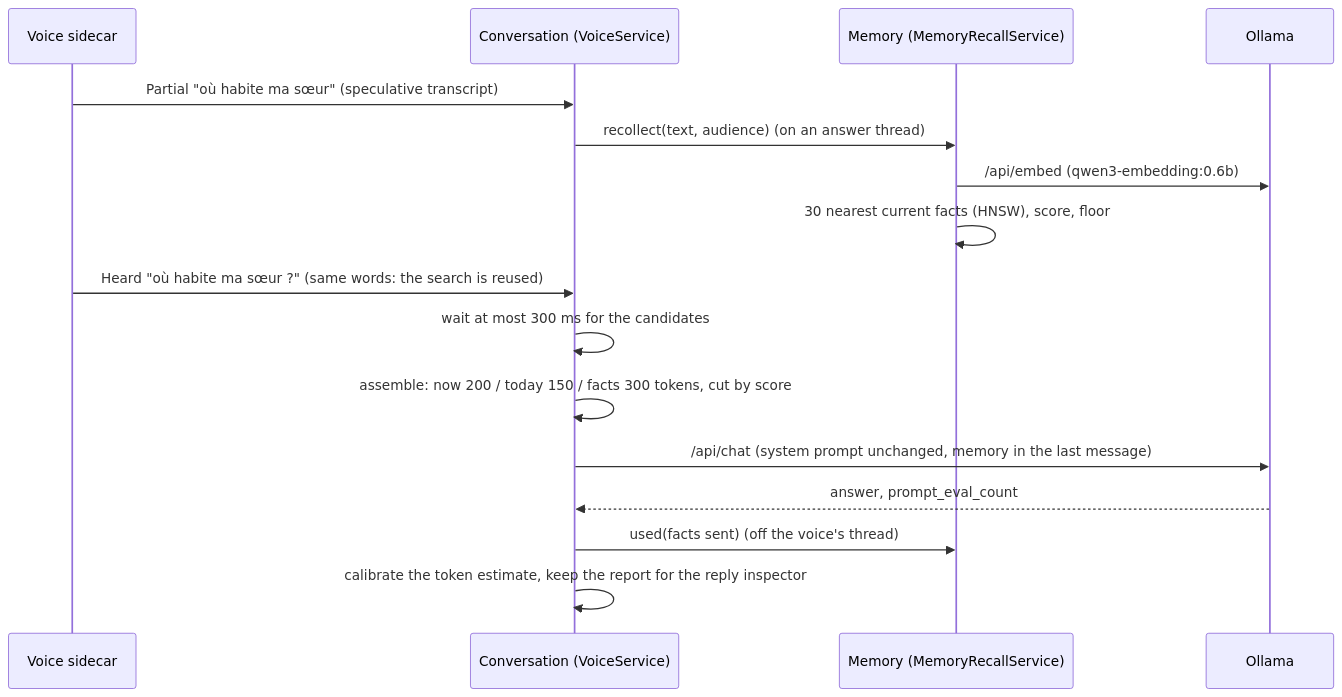
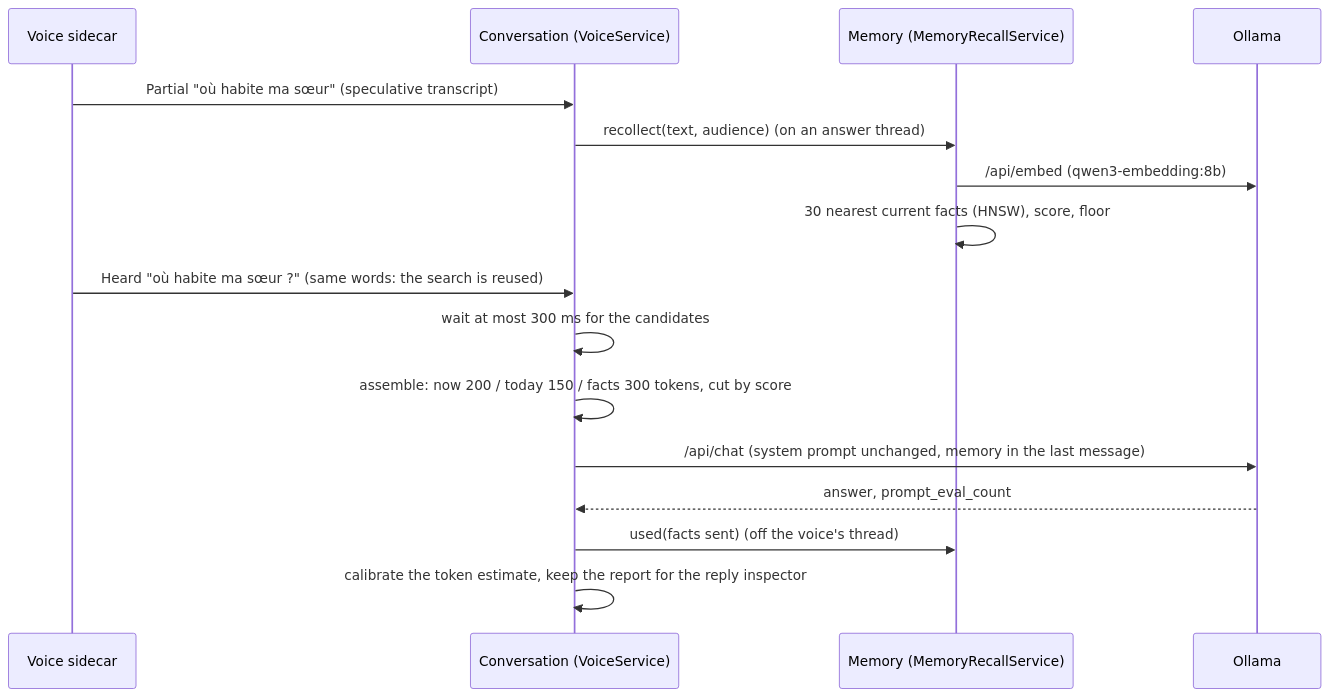
One commit to SebastienTr/Marvin changed the fifth of 6 diagrams in docs/memory.md. Above: the diagram before and after it, drawn with Mermaid. The commit also changed other lines of this file and 23 other files, not shown here.

Commit message:
Memory: qwen3-embedding:8b at 1024 dimensions by default, searches carry Qwen3's task instruction

````diff
--- a/docs/memory.md
+++ b/docs/memory.md
@@ -216,18 +216,18 @@
 ```mermaid
 sequenceDiagram
   participant V as Voice sidecar
   participant C as Conversation (VoiceService)
   participant M as Memory (MemoryRecallService)
   participant O as Ollama
   V->>C: Partial "où habite ma sœur" (speculative transcript)
   C->>M: recollect(text, audience) (on an answer thread)
-  M->>O: /api/embed (qwen3-embedding:0.6b)
+  M->>O: /api/embed (qwen3-embedding:8b)
   M->>M: 30 nearest current facts (HNSW), score, floor
   V->>C: Heard "où habite ma sœur ?" (same words: the search is reused)
   C->>C: wait at most 300 ms for the candidates
   C->>C: assemble: now 200 / today 150 / facts 300 tokens, cut by score
   C->>O: /api/chat (system prompt unchanged, memory in the last message)
   O-->>C: answer, prompt_eval_count
   C->>M: used(facts sent) (off the voice's thread)
   C->>C: calibrate the token estimate, keep the report for the reply inspector
 ```
````
